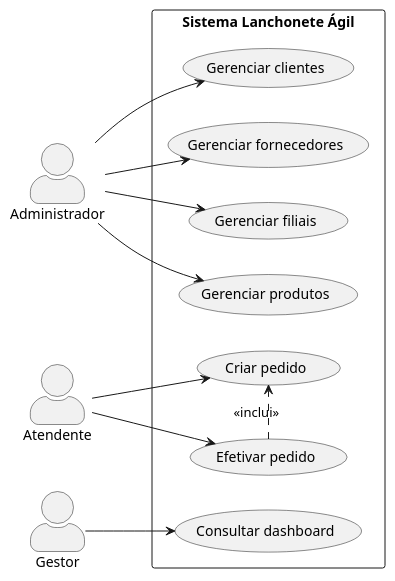
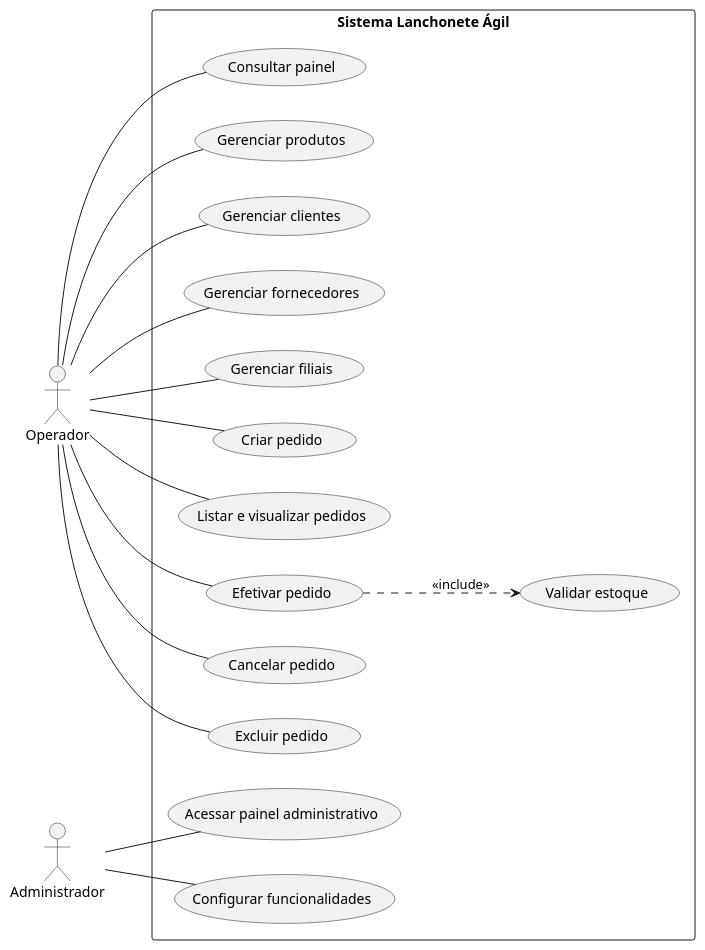
Before and after one commit to EnorService/SoftwareProduct-FInal: the diagram in docs/casos_de_uso.puml, drawn with PlantUML. The commit also changed 15 other files, not shown here.

```diff
--- a/docs/casos_de_uso.puml
+++ b/docs/casos_de_uso.puml
@@ -1,28 +1,34 @@
 @startuml
 left to right direction
 skinparam packageStyle rectangle
-skinparam actorStyle awesome
-
-actor Administrador as admin
-actor Atendente as attendant
-actor Gestor as manager
-
+actor "Operador" as operador
+actor "Administrador" as admin
 rectangle "Sistema Lanchonete Ágil" {
-  usecase "Gerenciar produtos" as UC1
-  usecase "Gerenciar clientes" as UC2
-  usecase "Gerenciar fornecedores" as UC3
-  usecase "Gerenciar filiais" as UC4
-  usecase "Criar pedido" as UC5
-  usecase "Efetivar pedido" as UC6
-  usecase "Consultar dashboard" as UC7
+  usecase "Consultar painel" as dashboard
+  usecase "Gerenciar produtos" as produtos
+  usecase "Gerenciar clientes" as clientes
+  usecase "Gerenciar fornecedores" as fornecedores
+  usecase "Gerenciar filiais" as filiais
+  usecase "Criar pedido" as criar
+  usecase "Listar e visualizar pedidos" as consultar
+  usecase "Efetivar pedido" as efetivar
+  usecase "Cancelar pedido" as cancelar
+  usecase "Excluir pedido" as excluir
+  usecase "Validar estoque" as estoque
+  usecase "Acessar painel administrativo" as login
+  usecase "Configurar funcionalidades" as configurar
 }
-
-admin --> UC1
-admin --> UC2
-admin --> UC3
-admin --> UC4
-attendant --> UC5
-attendant --> UC6
-manager --> UC7
-UC6 .> UC5 : <<inclui>>
+operador -- dashboard
+operador -- produtos
+operador -- clientes
+operador -- fornecedores
+operador -- filiais
+operador -- criar
+operador -- consultar
+operador -- efetivar
+operador -- cancelar
+operador -- excluir
+admin -- login
+admin -- configurar
+efetivar ..> estoque : <<include>>
 @enduml
```
